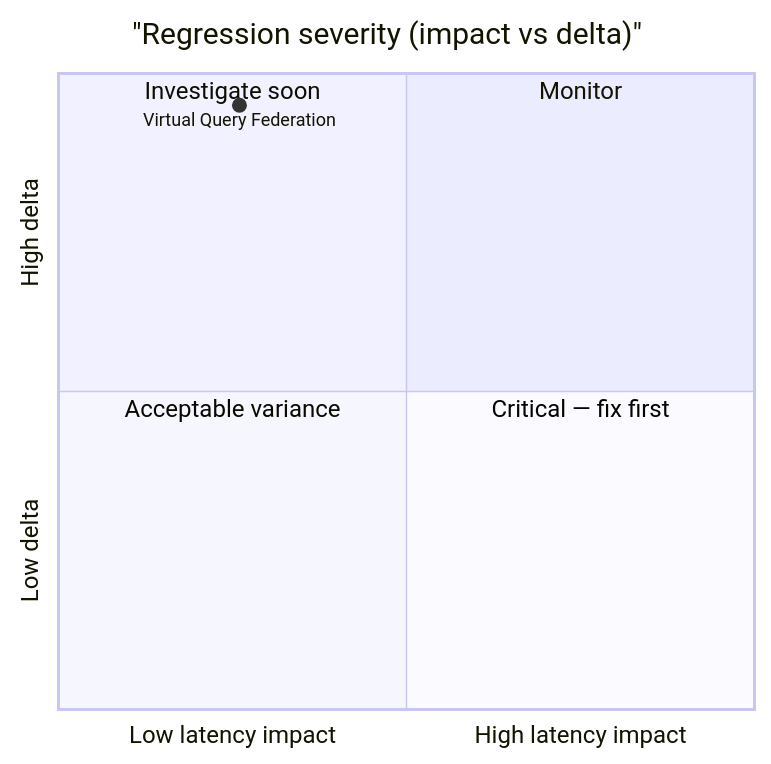
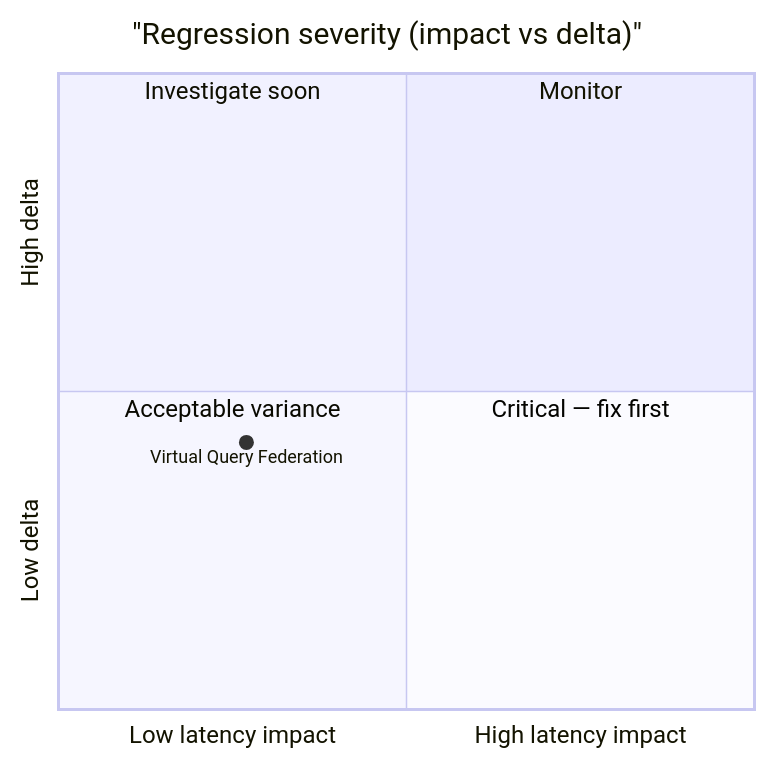
Before and after one commit to SveltyCMS/SveltyCMS: the second of 2 diagrams in docs/project/benchmarks/benchmark_sqlite.mdx, drawn with Mermaid. The commit also changed other lines of this file and 59 other files, not shown here.

````diff
--- a/docs/project/benchmarks/benchmark_sqlite.mdx
+++ b/docs/project/benchmarks/benchmark_sqlite.mdx
@@ -96,11 +96,11 @@
 ```mermaid
 quadrantChart
   title "Regression severity (impact vs delta)"
   x-axis Low latency impact --> High latency impact
   y-axis Low delta --> High delta
   quadrant-1 Monitor
   quadrant-2 Investigate soon
   quadrant-3 Acceptable variance
   quadrant-4 Critical — fix first
-    Virtual Query Federation: [0.26, 0.95]
+    Virtual Query Federation: [0.27, 0.42]
 ```
````
